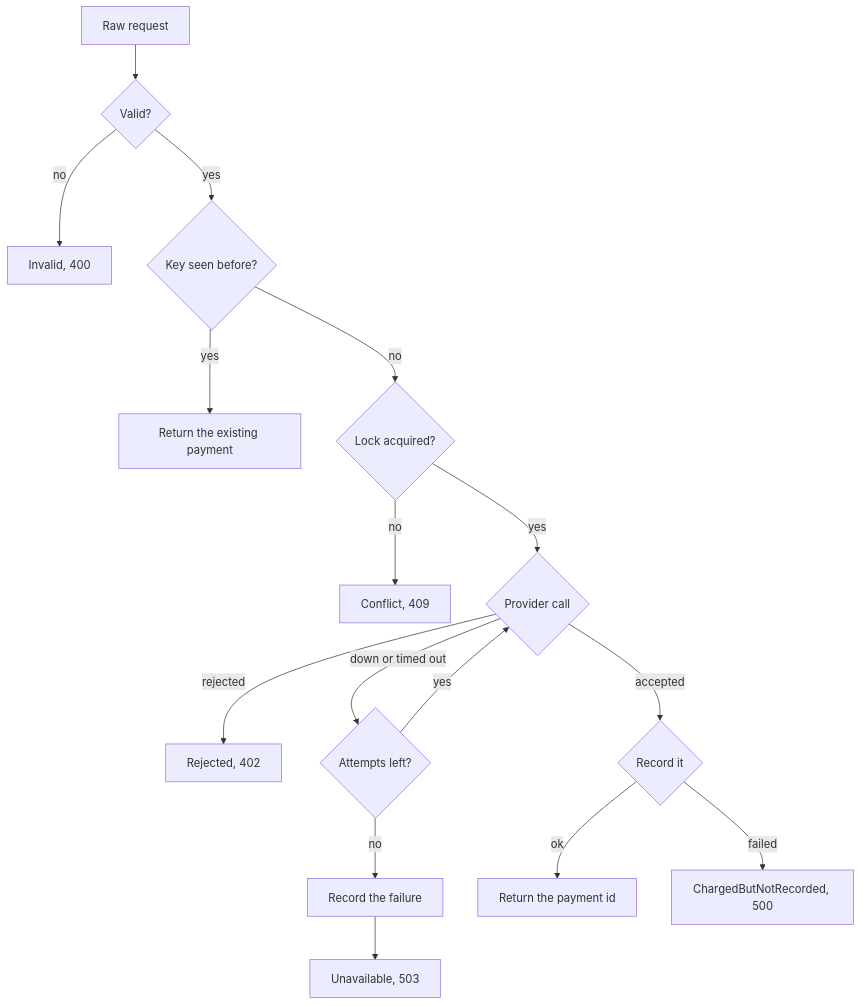
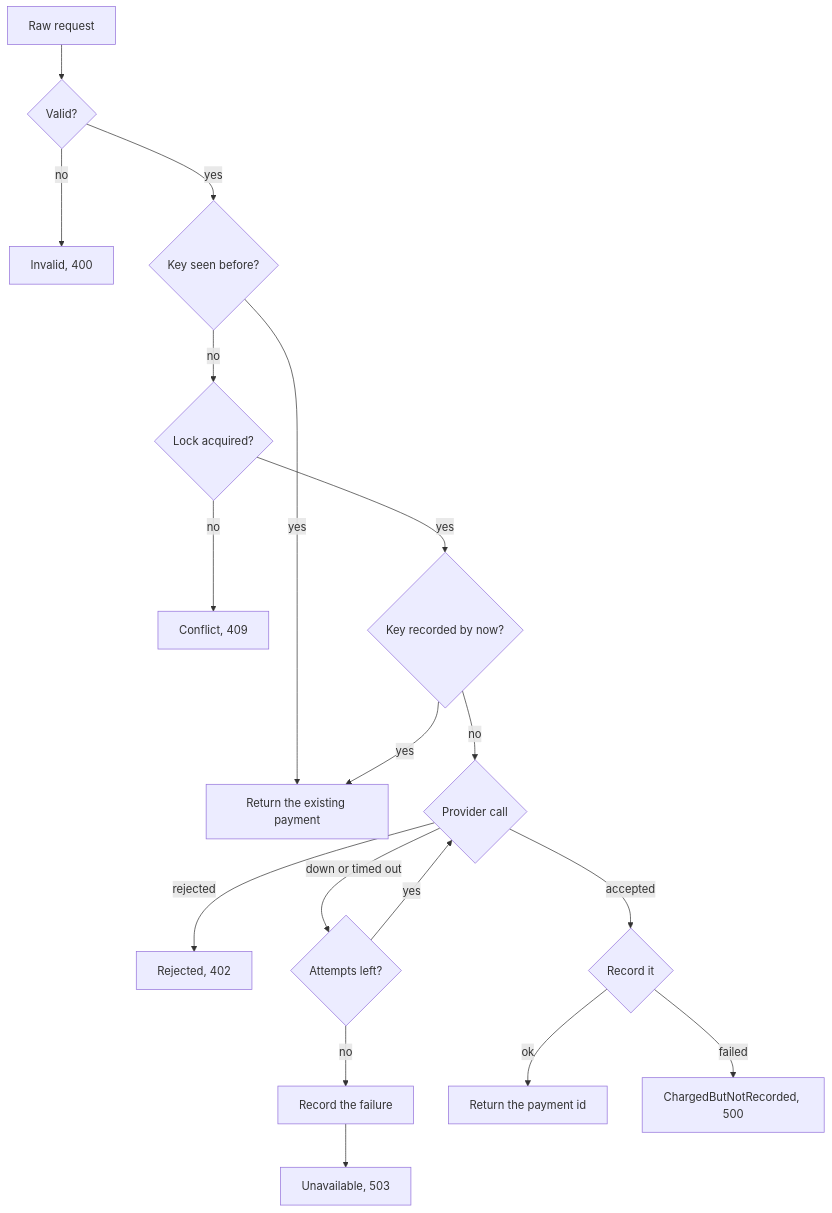
Before and after one commit to jagreehal/rustacean-lessons: the first of 5 diagrams in guide/07-payment.md, drawn with Mermaid. The commit also changed other lines of this file and 16 other files, not shown here.

````diff
--- a/guide/07-payment.md
+++ b/guide/07-payment.md
@@ -13,17 +13,19 @@
 ```mermaid
 flowchart TD
     A[Raw request] --> B{Valid?}
     B -->|no| X1[Invalid, 400]
     B -->|yes| C{Key seen before?}
     C -->|yes| R1[Return the existing payment]
     C -->|no| D{Lock acquired?}
     D -->|no| X2[Conflict, 409]
-    D -->|yes| E{Provider call}
+    D -->|yes| K{Key recorded by now?}
+    K -->|yes| R1
+    K -->|no| E{Provider call}
     E -->|rejected| X3[Rejected, 402]
     E -->|down or timed out| F{Attempts left?}
     F -->|yes| E
     F -->|no| G[Record the failure] --> X4[Unavailable, 503]
     E -->|accepted| H{Record it}
     H -->|ok| R2[Return the payment id]
     H -->|failed| X5[ChargedButNotRecorded, 500]
 ```
````
